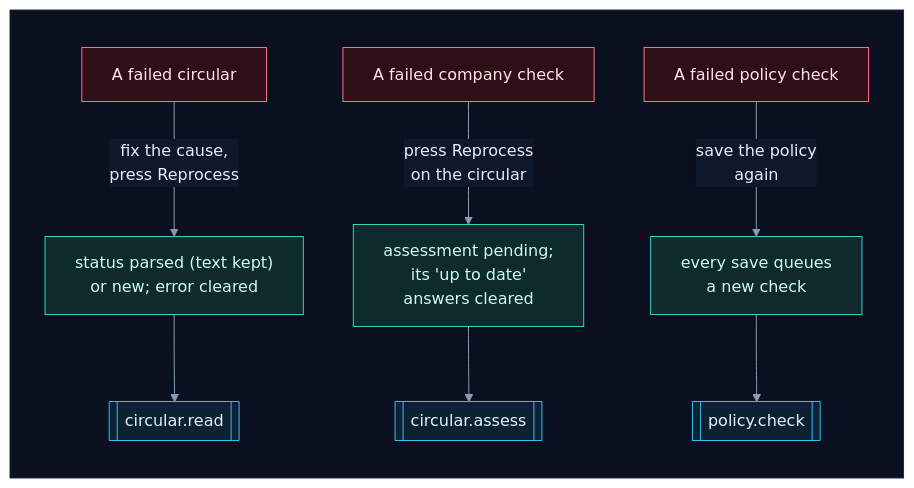
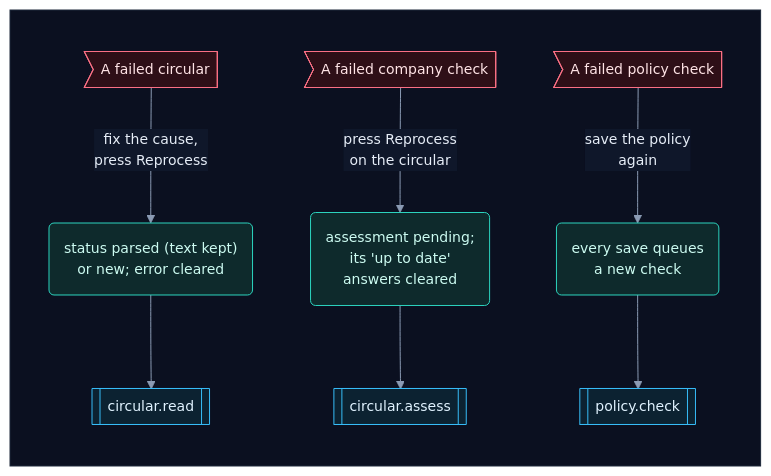
Before and after one commit to selvakumarperumal/Regulatory_Circular_Impact_Agent: diagram 13 of 21 in how_the_worker_works.md, drawn with Mermaid. The commit also changed other lines of this file and 5 other files, not shown here.

Commit message:
Give the docs' flowcharts a shape per kind of part, more room and slightly smaller text

````diff
--- a/how_the_worker_works.md
+++ b/how_the_worker_works.md
@@ -853,27 +853,27 @@
 ```mermaid
-%%{init: {"theme": "base", "flowchart": {"diagramPadding": 0}, "themeVariables": {"darkMode": true, "primaryColor": "#16213a", "primaryTextColor": "#e6edf7", "primaryBorderColor": "#475a7a", "lineColor": "#8b9bb4", "secondaryColor": "#1b2436", "tertiaryColor": "#101a2e", "edgeLabelBackground": "#0f172a", "textColor": "#e2e8f0", "clusterBkg": "#0f1728", "clusterBorder": "#2b3a55", "titleColor": "#c4b5fd", "nodeTextColor": "#e6edf7"}}}%%
+%%{init: {"theme": "base", "flowchart": {"diagramPadding": 0, "nodeSpacing": 58, "rankSpacing": 58, "curve": "basis"}, "themeVariables": {"fontSize": "14px", "darkMode": true, "primaryColor": "#16213a", "primaryTextColor": "#e6edf7", "primaryBorderColor": "#475a7a", "lineColor": "#8b9bb4", "secondaryColor": "#1b2436", "tertiaryColor": "#101a2e", "edgeLabelBackground": "#0f172a", "textColor": "#e2e8f0", "clusterBkg": "#0f1728", "clusterBorder": "#2b3a55", "titleColor": "#c4b5fd", "nodeTextColor": "#e6edf7"}}}%%
 flowchart TD
     subgraph canvas[" "]
         direction TB
-        f1["A failed circular"] -->|"fix the cause,<br/>press Reprocess"| a1["status parsed (text kept)<br/>or new; error cleared"]
+        f1>"A failed circular"] -->|"fix the cause,<br/>press Reprocess"| a1("status parsed (text kept)<br/>or new; error cleared")
         a1 --> t1[["circular.read"]]
-        f2["A failed company check"] -->|"press Reprocess<br/>on the circular"| a2["assessment pending;<br/>its 'up to date'<br/>answers cleared"]
+        f2>"A failed company check"] -->|"press Reprocess<br/>on the circular"| a2("assessment pending;<br/>its 'up to date'<br/>answers cleared")
         a2 --> t2[["circular.assess"]]
-        f3["A failed policy check"] -->|"save the policy<br/>again"| a3["every save queues<br/>a new check"]
+        f3>"A failed policy check"] -->|"save the policy<br/>again"| a3("every save queues<br/>a new check")
         a3 --> t3[["policy.check"]]
     end
     classDef svc fill:#0e2a2c,stroke:#2dd4bf,color:#ccfbf1
     classDef data fill:#1c1a47,stroke:#818cf8,color:#e0e7ff
     classDef ext fill:#2a1640,stroke:#c084fc,color:#f3e8ff
     classDef gpu fill:#2d1b0c,stroke:#fb923c,color:#ffedd5
     classDef ask fill:#2a2410,stroke:#fbbf24,color:#fef3c7
     classDef ok fill:#0b2a1c,stroke:#34d399,color:#d1fae5
     classDef bad fill:#2e0f17,stroke:#fb7185,color:#ffe4e6
     classDef start fill:#1c2a0e,stroke:#a7ef6f,color:#ecfccb
     classDef muted fill:#1a2130,stroke:#64748b,color:#cbd5e1
     classDef queue fill:#0c2231,stroke:#38bdf8,color:#e0f2fe
     class f1,f2,f3 bad
     class a1,a2,a3 svc
     class t1,t2,t3 queue
     style canvas fill:#0b1020,stroke:#1e293b,color:#0b1020
 ```
````
